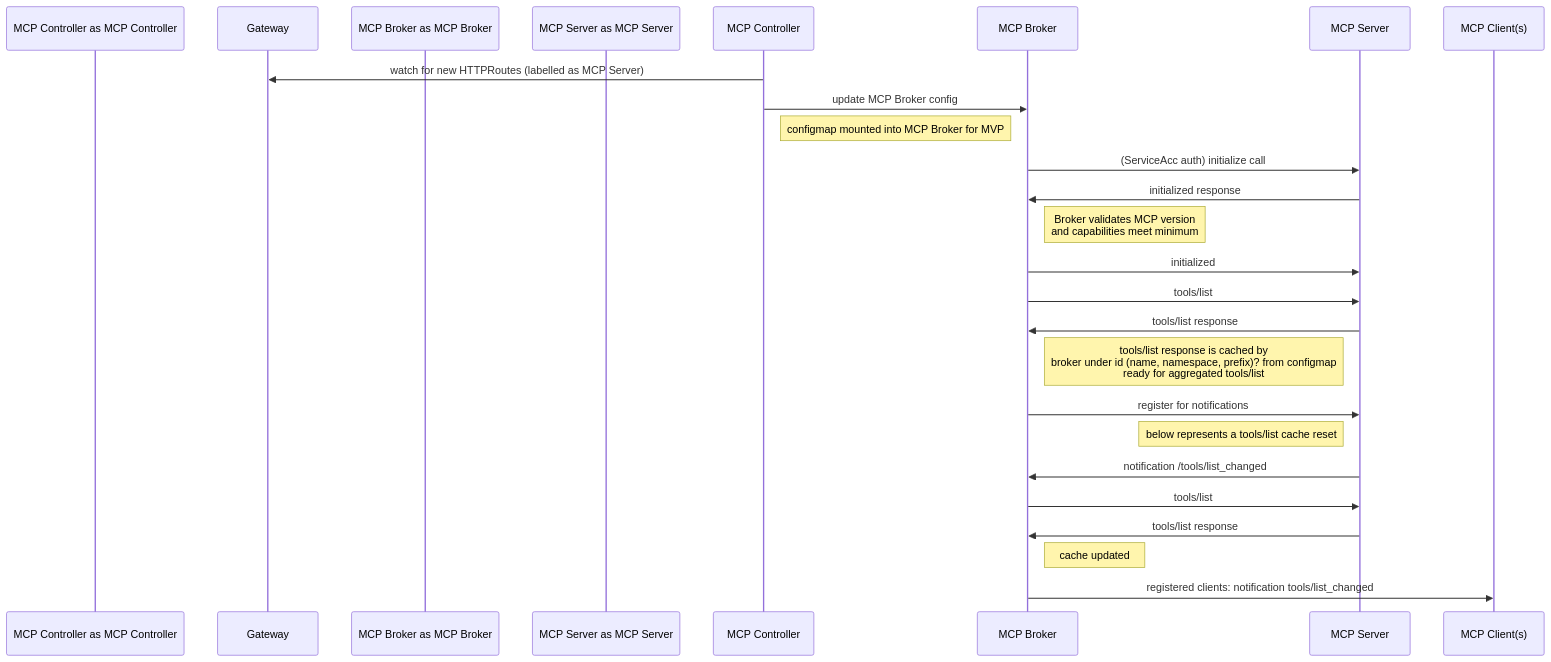
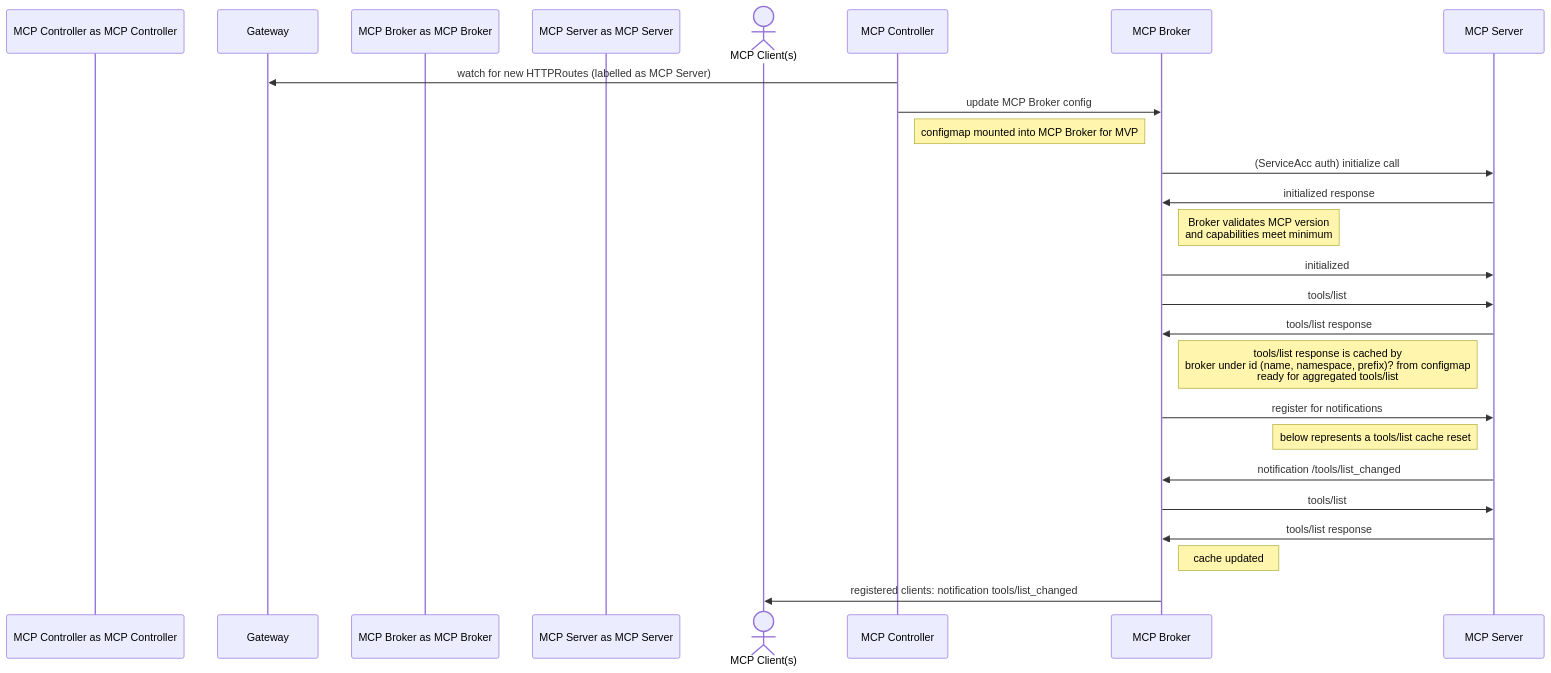
Before and after one commit to kagenti/mcp-gateway: the third of 5 diagrams in docs/design/flows.md, drawn with Mermaid. The commit also changed other lines of this file, not shown here.

````diff
--- a/docs/design/flows.md
+++ b/docs/design/flows.md
@@ -51,27 +53,28 @@
 ```mermaid
 sequenceDiagram
   participant MCP Controller as MCP Controller
   participant Gateway as Gateway
   participant MCP Broker as MCP Broker
   participant MCP Server as MCP Server
+  actor MCP Client(s)
 
   MCP Controller ->> Gateway: watch for new HTTPRoutes (labelled as MCP Server)
   MCP Controller ->> MCP Broker: update MCP Broker config 
   note right of MCP Controller:  configmap mounted into MCP Broker for MVP
   MCP Broker ->> MCP Server: (ServiceAcc auth) initialize call
   MCP Server ->> MCP Broker: initialized response
   note right of MCP Broker: Broker validates MCP version <br/> and capabilities meet minimum
   MCP Broker ->> MCP Server: initialized
   MCP Broker ->> MCP Server: tools/list
   MCP Server ->> MCP Broker: tools/list response
   Note left of MCP Server: tools/list response is cached by <br/> broker under id (name, namespace, prefix)? from configmap <br/> ready for aggregated tools/list
   MCP Broker ->> MCP Server: register for notifications
   Note left of MCP Server: below represents a tools/list cache reset
   MCP Server ->> MCP Broker: notification /tools/list_changed
   MCP Broker ->> MCP Server: tools/list
   MCP Server ->> MCP Broker: tools/list response
   note right of MCP Broker: cache updated
   MCP Broker ->> MCP Client(s): registered clients: notification tools/list_changed
 
 
 ```
````
